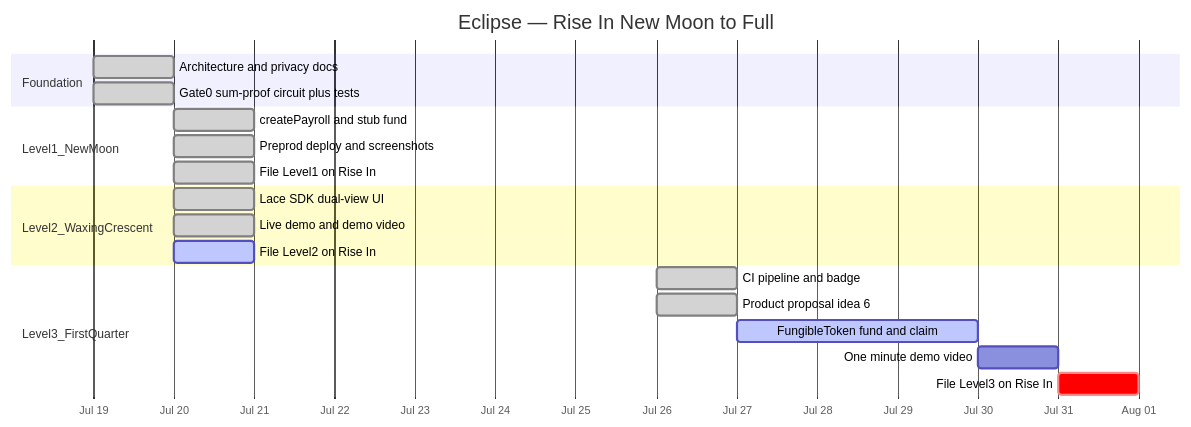
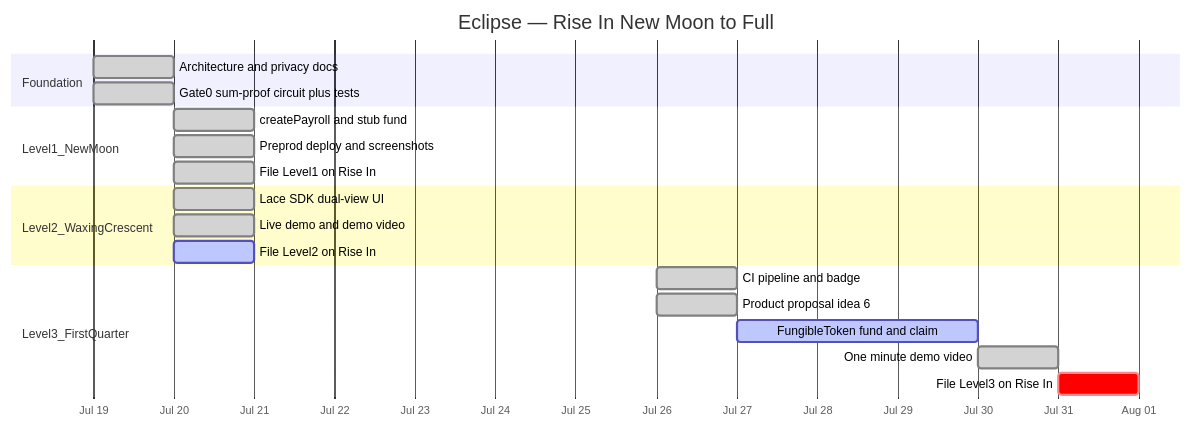
One commit to TadeyRuk/Eclipse changed the diagram in README.md. Above: the diagram before and after it, drawn with Mermaid. The commit also changed other lines of this file and 1 other file, not shown here.

Commit message:
docs: mark Level 3 in progress and demo video done in status tables

````diff
--- a/README.md
+++ b/README.md
@@ -61,28 +61,28 @@
 ```mermaid
 gantt
     title Eclipse — Rise In New Moon to Full
     dateFormat YYYY-MM-DD
     axisFormat %b %d
     todayMarker off
 
     section Foundation
     Architecture and privacy docs     :done,    arch, 2026-07-19, 1d
     Gate0 sum-proof circuit plus tests :done,   g0,   2026-07-19, 1d
 
     section Level1_NewMoon
     createPayroll and stub fund       :done,    l1a, 2026-07-20, 1d
     Preprod deploy and screenshots    :done,    l1b, 2026-07-20, 1d
     File Level1 on Rise In            :done,    l1c, 2026-07-20, 1d
 
     section Level2_WaxingCrescent
     Lace SDK dual-view UI             :done,    l2a, 2026-07-20, 1d
     Live demo and demo video          :done,    l2b, 2026-07-20, 1d
     File Level2 on Rise In            :active,  l2c, 2026-07-20, 1d
 
     section Level3_FirstQuarter
     CI pipeline and badge             :done,    l3a, 2026-07-26, 1d
     Product proposal idea 6           :done,    l3b, 2026-07-26, 1d
     FungibleToken fund and claim      :active,  l3c, 2026-07-27, 3d
-    One minute demo video             :         l3d, 2026-07-30, 1d
+    One minute demo video             :done,    l3d, 2026-07-30, 1d
     File Level3 on Rise In            :crit,    l3e, 2026-07-31, 1d
 ```
````
